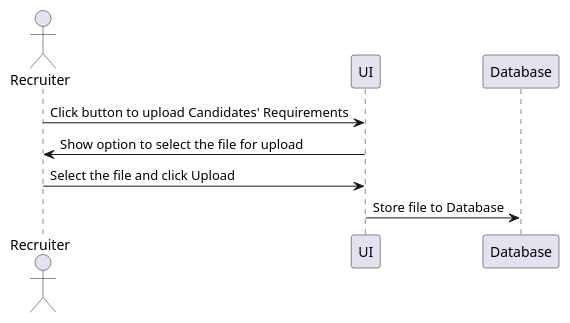
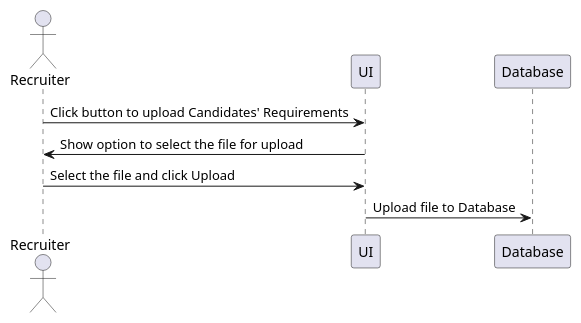
Before and after one commit to jpgacrama/recruitment-platform: the diagram in UseCases/StoreCandidateRequirements.rst, drawn with PlantUML. The commit also changed other lines of this file and 8 other files, not shown here.

```diff
--- a/UseCases/StoreCandidateRequirements.rst
+++ b/UseCases/StoreCandidateRequirements.rst
@@ -21,15 +21,15 @@
 .. uml::
 
     @startuml
 
         actor "Recruiter" as Recruiter
         participant "UI" as UI
         participant "Database" as Database
 
         Recruiter  -> UI: Click button to upload Candidates' Requirements
         UI -> Recruiter: Show option to select the file for upload
         Recruiter -> UI: Select the file and click Upload
 
-        UI -> Database: Store file to Database
+        UI -> Database: Upload file to Database
 
     @enduml
```
